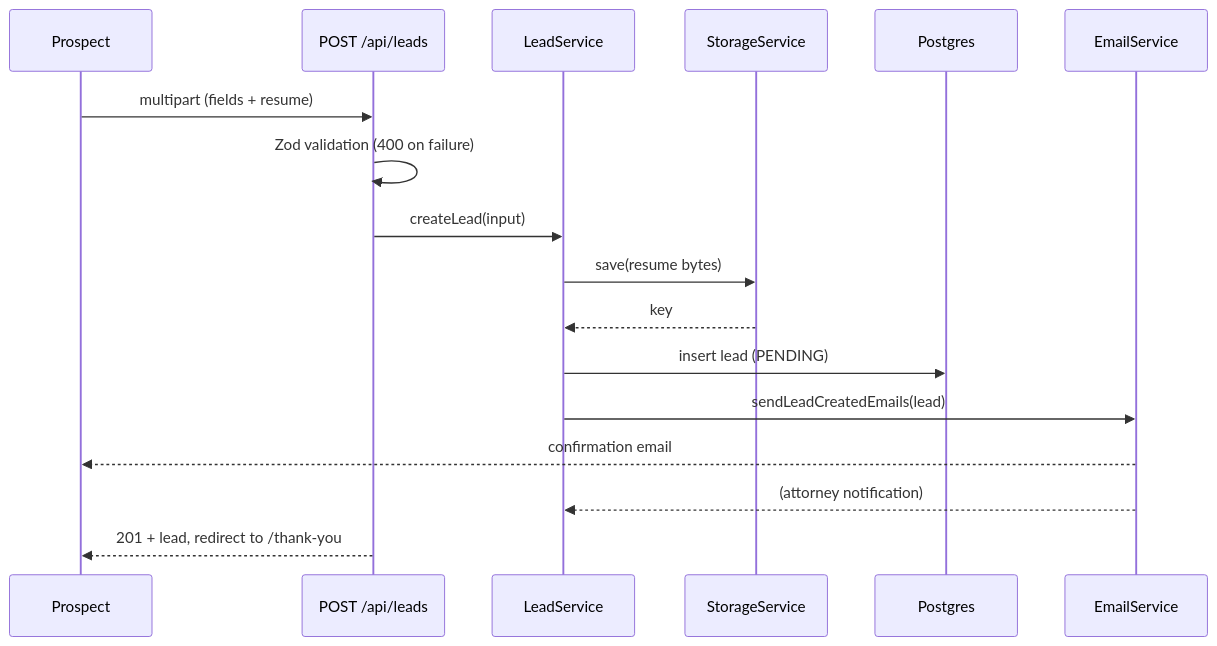
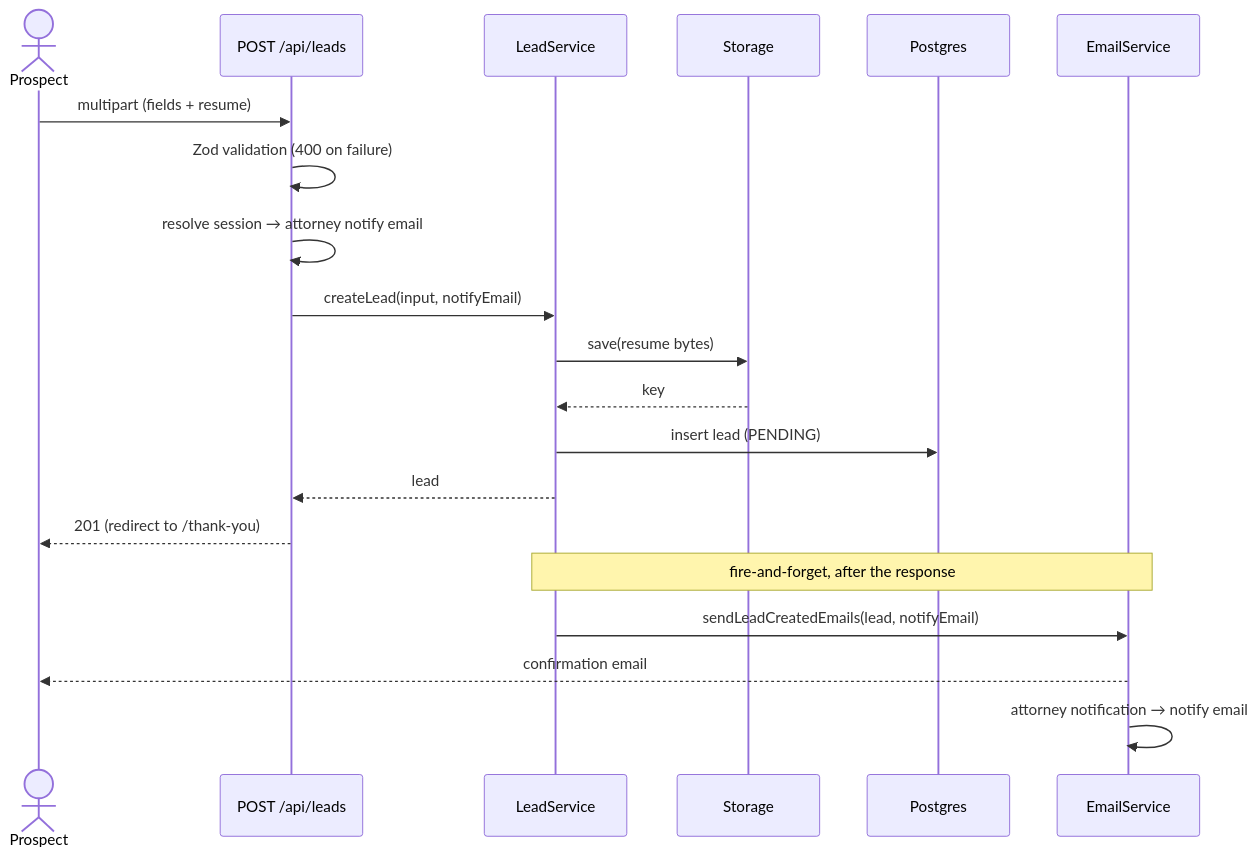
Before and after one commit to amedercole/alma: the fourth of 4 diagrams in DESIGN.md, drawn with Mermaid. The commit also changed other lines of this file, not shown here.

Commit message:
[agent] docs(design): sync with current behavior (demo + email flow)
- Lead-submission sequence diagram now reflects fire-and-forget email (201
  returns before the send) and the session-derived attorney notify email.
- Note that the attorney recipient is the signed-in attorney (falls back to
  ATTORNEY_NOTIFY_EMAIL).
- Testing section: E2E describes the demo flow (start-screen gate -> submit ->
  dashboard mark-reached-out) instead of the removed login page.

DESIGN.md is linked from the README "Documentation" index.

https://claude.ai/code/session_0156LJqpzb3vYwgB6Uz57yT9

````diff
--- a/DESIGN.md
+++ b/DESIGN.md
@@ -139,20 +139,23 @@
 ```mermaid
 sequenceDiagram
-  participant P as Prospect
+  actor P as Prospect
   participant API as POST /api/leads
   participant S as LeadService
-  participant ST as StorageService
+  participant ST as Storage
   participant DB as Postgres
   participant M as EmailService
 
   P->>API: multipart (fields + resume)
   API->>API: Zod validation (400 on failure)
-  API->>S: createLead(input)
+  API->>API: resolve session → attorney notify email
+  API->>S: createLead(input, notifyEmail)
   S->>ST: save(resume bytes)
   ST-->>S: key
   S->>DB: insert lead (PENDING)
-  S->>M: sendLeadCreatedEmails(lead)
+  S-->>API: lead
+  API-->>P: 201 (redirect to /thank-you)
+  Note over S,M: fire-and-forget, after the response
+  S->>M: sendLeadCreatedEmails(lead, notifyEmail)
   M-->>P: confirmation email
-  M-->>S: (attorney notification)
-  API-->>P: 201 + lead, redirect to /thank-you
+  M->>M: attorney notification → notify email
 ```
````
